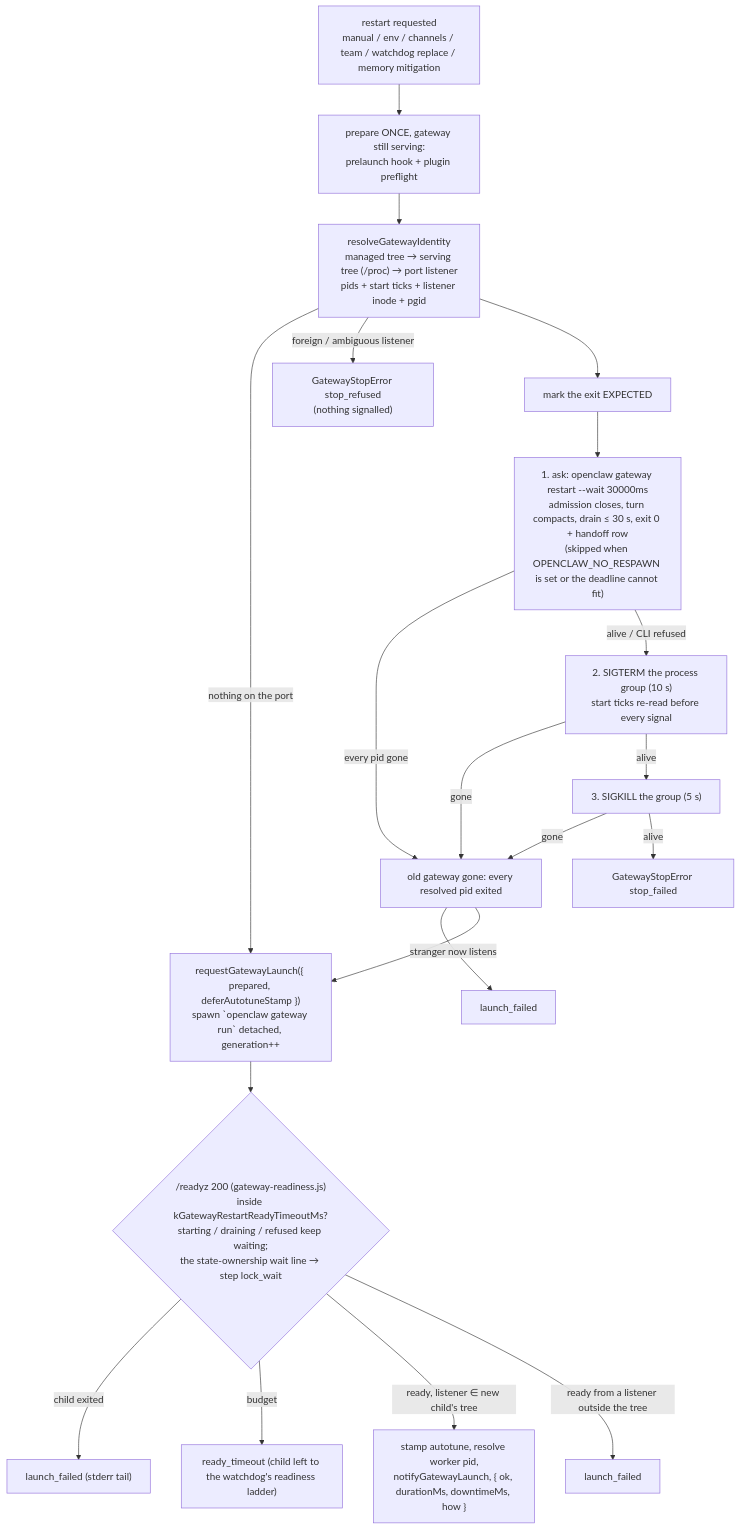
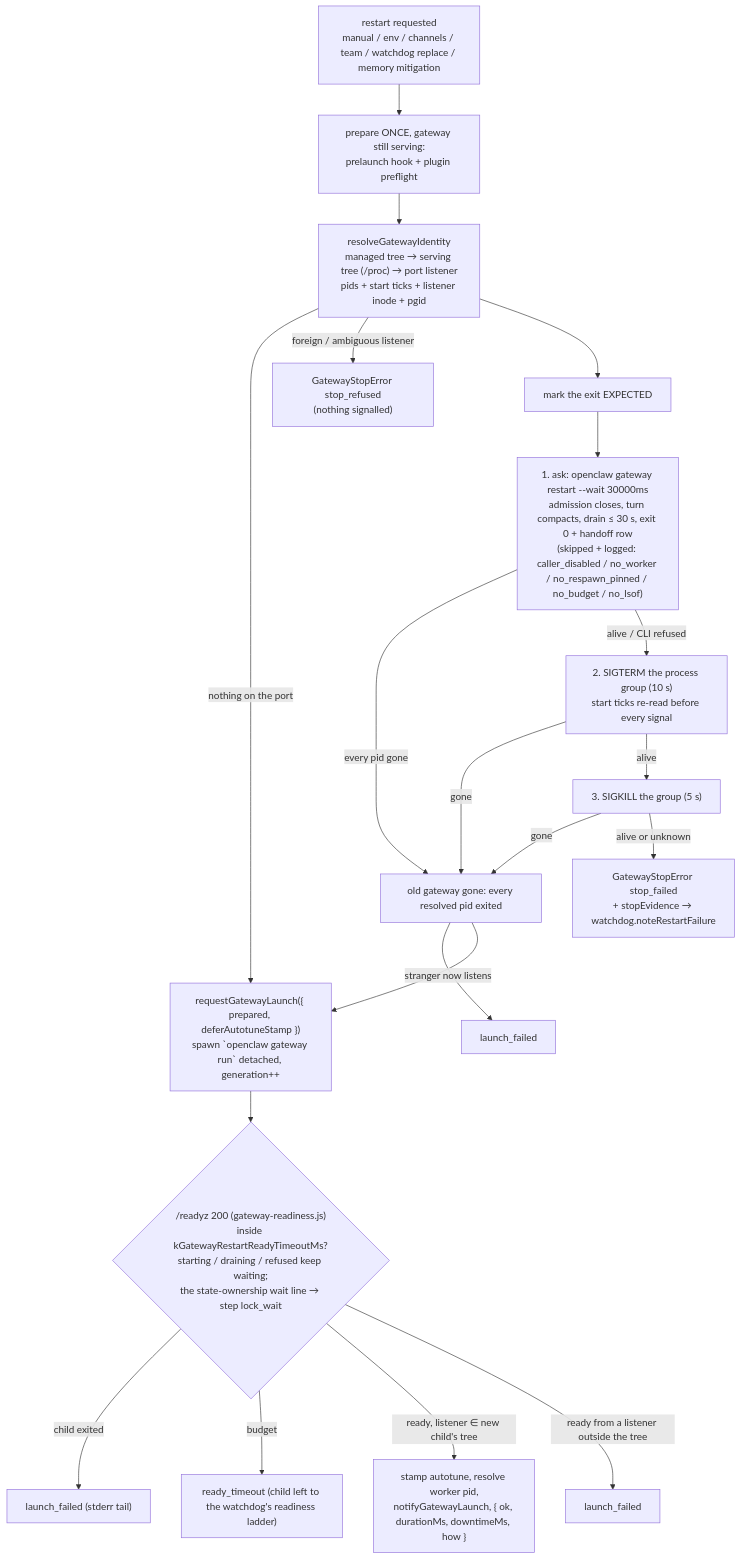
Before and after one commit to garrytan/alphaclaw: the fourth of 4 diagrams in docs/designs/gateway-state-model.md, drawn with Mermaid. The commit also changed other lines of this file and 31 other files, not shown here.

Commit message:
Restart stop truth: zombie-aware liveness, honest ask, kill-set evidence, failure→watchdog handoff, copy matrix, log grammar, diagnose identity (bug #137, v0.10.1)

````diff
--- a/docs/designs/gateway-state-model.md
+++ b/docs/designs/gateway-state-model.md
@@ -289,22 +289,22 @@
 ```mermaid
 flowchart TD
   P[restart requested<br/>manual / env / channels / team / watchdog replace / memory mitigation] --> PREP["prepare ONCE, gateway still serving:<br/>prelaunch hook + plugin preflight"]
   PREP --> ID["resolveGatewayIdentity<br/>managed tree → serving tree (/proc) → port listener<br/>pids + start ticks + listener inode + pgid"]
   ID -->|nothing on the port| L
   ID -->|foreign / ambiguous listener| REF["GatewayStopError stop_refused<br/>(nothing signalled)"]
   ID --> MARK[mark the exit EXPECTED]
-  MARK --> ASK["1. ask: openclaw gateway restart --wait 30000ms<br/>admission closes, turn compacts, drain ≤ 30 s, exit 0 + handoff row<br/>(skipped when OPENCLAW_NO_RESPAWN is set or the deadline cannot fit)"]
+  MARK --> ASK["1. ask: openclaw gateway restart --wait 30000ms<br/>admission closes, turn compacts, drain ≤ 30 s, exit 0 + handoff row<br/>(skipped + logged: caller_disabled / no_worker / no_respawn_pinned / no_budget / no_lsof)"]
   ASK -->|every pid gone| GONE
   ASK -->|alive / CLI refused| TERM["2. SIGTERM the process group (10 s)<br/>start ticks re-read before every signal"]
   TERM -->|gone| GONE
   TERM -->|alive| KILL["3. SIGKILL the group (5 s)"]
   KILL -->|gone| GONE["old gateway gone: every resolved pid exited"]
-  KILL -->|alive| SF["GatewayStopError stop_failed"]
+  KILL -->|alive or unknown| SF["GatewayStopError stop_failed<br/>+ stopEvidence → watchdog.noteRestartFailure"]
   GONE -->|stranger now listens| LF1["launch_failed"]
   GONE --> L["requestGatewayLaunch({ prepared, deferAutotuneStamp })<br/>spawn `openclaw gateway run` detached, generation++"]
   L --> RZ{"/readyz 200 (gateway-readiness.js)<br/>inside kGatewayRestartReadyTimeoutMs?<br/>starting / draining / refused keep waiting;<br/>the state-ownership wait line → step lock_wait"}
   RZ -->|child exited| LF2["launch_failed (stderr tail)"]
   RZ -->|budget| RT["ready_timeout (child left to the watchdog's readiness ladder)"]
   RZ -->|ready, listener ∈ new child's tree| OK["stamp autotune, resolve worker pid,<br/>notifyGatewayLaunch, { ok, durationMs, downtimeMs, how }"]
   RZ -->|ready from a listener outside the tree| LF3["launch_failed"]
 ```
````
